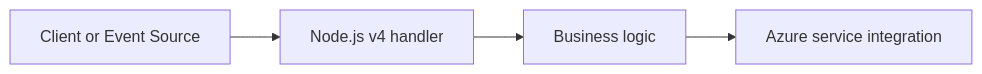
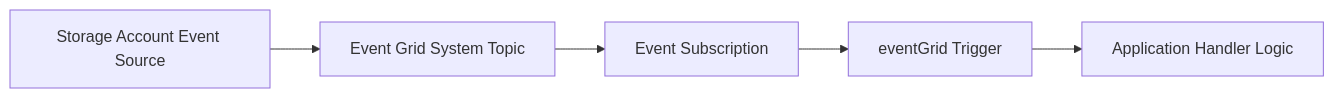
One commit to yeongseon/azure-functions-practical-guide changed the diagram in docs/language-guides/nodejs/recipes/event-grid.md. Above: the diagram before and after it, drawn with Mermaid. The commit also changed other lines of this file and 217 other files, not shown here.

````diff
--- a/docs/language-guides/nodejs/recipes/event-grid.md
+++ b/docs/language-guides/nodejs/recipes/event-grid.md
@@ -7,6 +7,7 @@
 ```mermaid
 flowchart LR
-    A[Client or Event Source] --> B[Node.js v4 handler]
-    B --> C[Business logic]
-    C --> D[Azure service integration]
+    SOURCE[Storage Account Event Source] --> TOPIC[Event Grid System Topic]
+    TOPIC --> SUB[Event Subscription]
+    SUB --> FUNC[eventGrid Trigger]
+    FUNC --> ACTION[Application Handler Logic]
 ```
````
